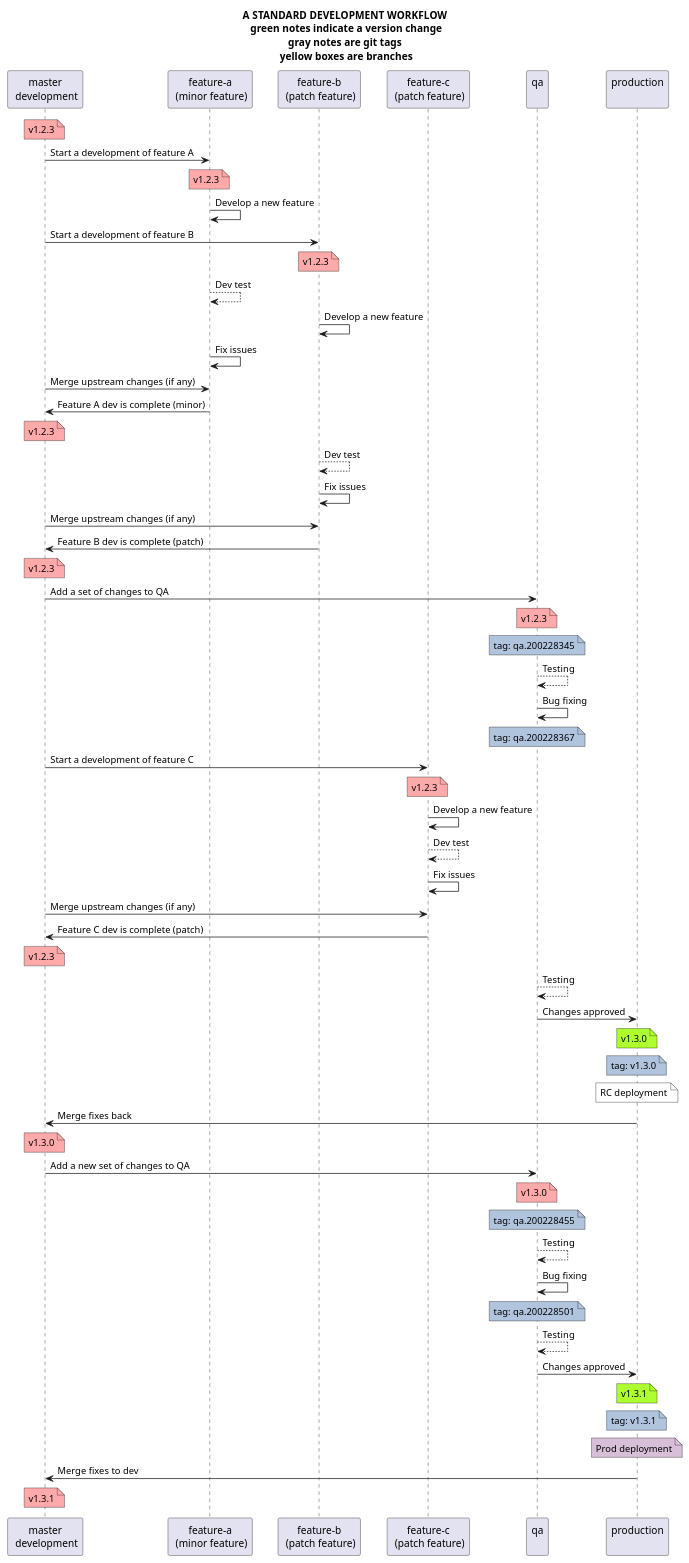
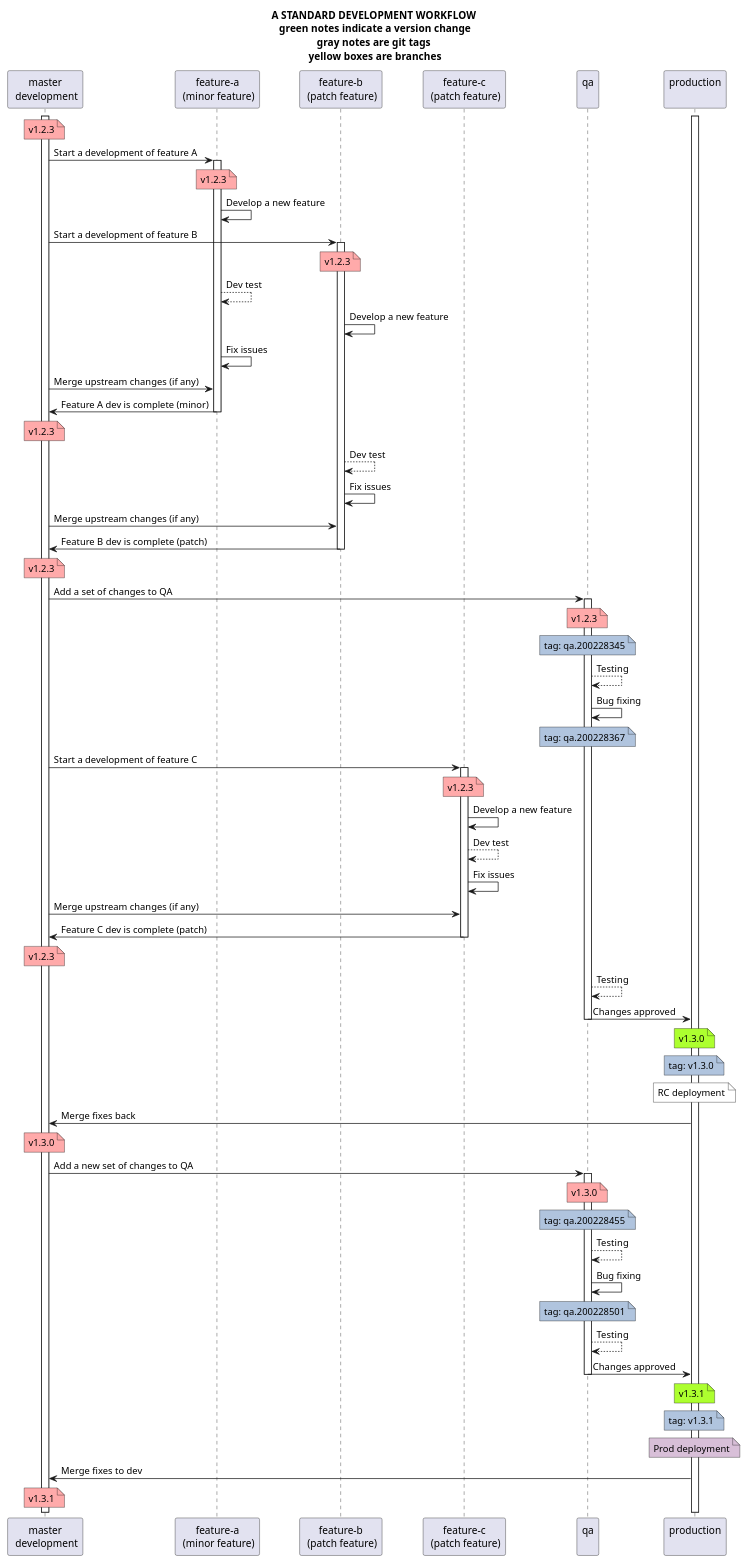
Before and after one commit to alpheios-project/documentation: the diagram in development/git-workflow/git-std-worklow-proposal.puml, drawn with PlantUML. The commit also changed 3 other files, not shown here.

Commit message:
Added lifelines to diagrams

```diff
--- a/development/git-workflow/git-std-worklow-proposal.puml
+++ b/development/git-workflow/git-std-worklow-proposal.puml
@@ -1,67 +1,80 @@
 @startuml
 title A STANDARD DEVELOPMENT WORKFLOW\n green notes indicate a version change\n gray notes are git tags \n yellow boxes are branches
 participant "master\n development" as mst
 participant "feature-a\n (minor feature)" as f1
 participant "feature-b\n (patch feature)" as f2
 participant "feature-c\n (patch feature)" as f3
 participant "qa\n" as qa
 participant "production\n" as prod
 
+activate mst
+activate prod
+
 note over mst #FFAAAA: v1.2.3
 mst -> f1: Start a development of feature A
+activate f1
 note over f1 #FFAAAA: v1.2.3
 f1 -> f1: Develop a new feature
 mst -> f2: Start a development of feature B
+activate f2
 note over f2 #FFAAAA: v1.2.3
 f1 --> f1: Dev test
 f2 -> f2: Develop a new feature
 f1 -> f1: Fix issues
 mst -> f1: Merge upstream changes (if any)
 f1 -> mst: Feature A dev is complete (minor)
+deactivate f1
 note over mst #FFAAAA: v1.2.3
 
 f2 --> f2: Dev test
 f2 -> f2: Fix issues
 mst -> f2: Merge upstream changes (if any)
 f2 -> mst: Feature B dev is complete (patch)
+deactivate f2
 note over mst #FFAAAA: v1.2.3
 
 mst -> qa: Add a set of changes to QA
+activate qa
 note over qa #FFAAAA: v1.2.3
 note over qa #LightSteelBlue: tag: qa.200228345
 qa --> qa: Testing
 qa -> qa: Bug fixing
 note over qa #LightSteelBlue: tag: qa.200228367
 
 mst -> f3: Start a development of feature C
+activate f3
 note over f3 #FFAAAA: v1.2.3
 f3 -> f3: Develop a new feature
 f3 --> f3: Dev test
 f3 -> f3: Fix issues
 mst -> f3: Merge upstream changes (if any)
 f3 -> mst: Feature C dev is complete (patch)
+deactivate f3
 note over mst #FFAAAA: v1.2.3
 
 qa --> qa: Testing
 qa -> prod: Changes approved
+deactivate qa
 note over prod #GreenYellow: v1.3.0
 note over prod #LightSteelBlue: tag: v1.3.0
 note over prod #White: RC deployment
 prod -> mst: Merge fixes back
 note over mst #FFAAAA: v1.3.0
 
 mst -> qa: Add a new set of changes to QA
+activate qa
 note over qa #FFAAAA: v1.3.0
 note over qa #LightSteelBlue: tag: qa.200228455
 qa --> qa: Testing
 qa -> qa: Bug fixing
 note over qa #LightSteelBlue: tag: qa.200228501
 qa --> qa: Testing
 qa -> prod: Changes approved
+deactivate qa
 note over prod #GreenYellow: v1.3.1
 note over prod #LightSteelBlue: tag: v1.3.1
 note over prod #Thistle: Prod deployment
 prod -> mst: Merge fixes to dev
 note over mst #FFAAAA: v1.3.1
 
 @enduml
```
